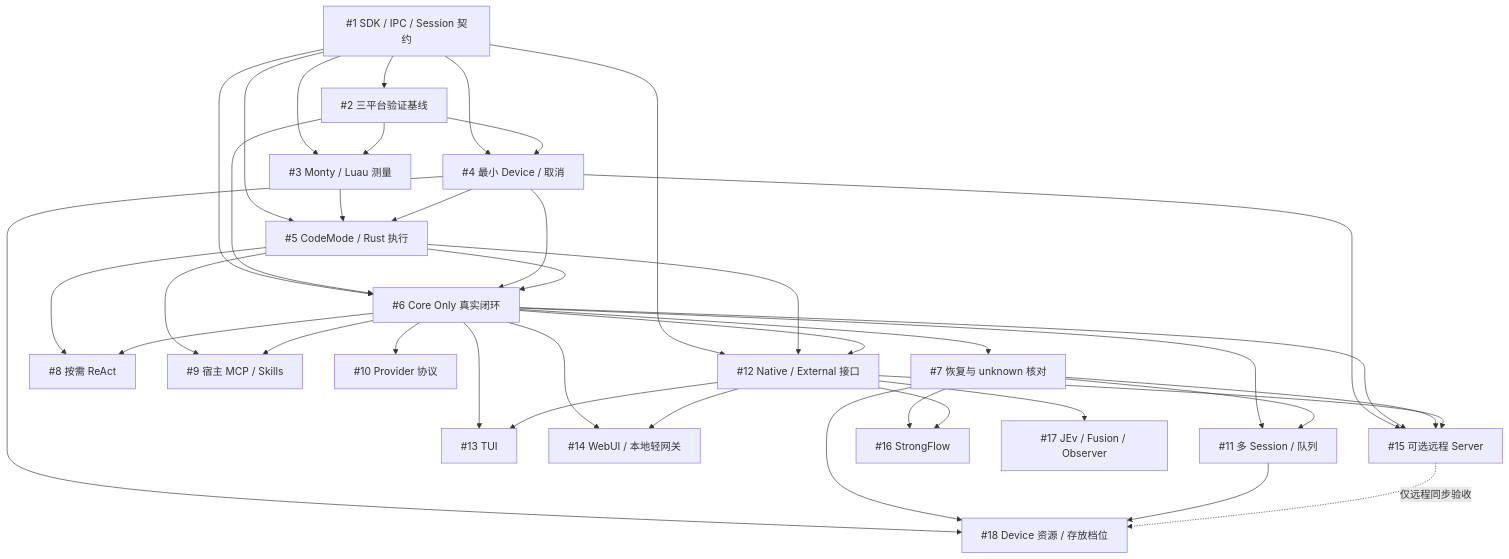
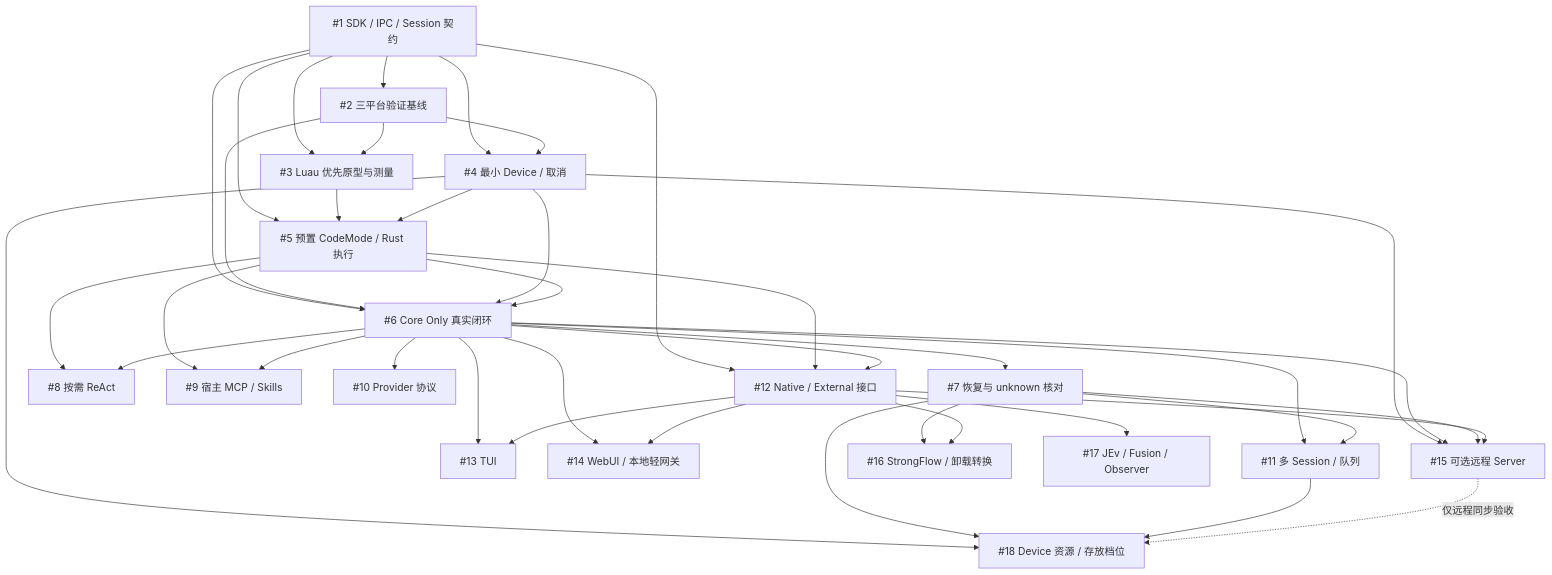
Before and after one commit to changw98ic/CAYW: the diagram in docs/development-map.md, drawn with Mermaid. The commit also changed other lines of this file and 1 other file, not shown here.

Commit message:
docs: prioritize Luau, pre-built CodeMode, Stage A focus, and session conversion on module unload

````diff
--- a/docs/development-map.md
+++ b/docs/development-map.md
@@ -82,59 +82,59 @@
 ```mermaid
 flowchart TD
   I1["#1 SDK / IPC / Session 契约"]
   I2["#2 三平台验证基线"]
-  I3["#3 Monty / Luau 测量"]
+  I3["#3 Luau 优先原型与测量"]
   I4["#4 最小 Device / 取消"]
-  I5["#5 CodeMode / Rust 执行"]
+  I5["#5 预置 CodeMode / Rust 执行"]
   I6["#6 Core Only 真实闭环"]
   I7["#7 恢复与 unknown 核对"]
   I8["#8 按需 ReAct"]
   I9["#9 宿主 MCP / Skills"]
   I10["#10 Provider 协议"]
   I11["#11 多 Session / 队列"]
   I12["#12 Native / External 接口"]
   I13["#13 TUI"]
   I14["#14 WebUI / 本地轻网关"]
   I15["#15 可选远程 Server"]
-  I16["#16 StrongFlow"]
+  I16["#16 StrongFlow / 卸载转换"]
   I17["#17 JEv / Fusion / Observer"]
   I18["#18 Device 资源 / 存放档位"]
   I1 --> I2
   I1 --> I3
   I2 --> I3
   I1 --> I4
   I2 --> I4
   I1 --> I5
   I3 --> I5
   I4 --> I5
   I1 --> I6
   I2 --> I6
   I4 --> I6
   I5 --> I6
   I6 --> I7
   I5 --> I8
   I6 --> I8
   I5 --> I9
   I6 --> I9
   I6 --> I10
   I6 --> I11
   I7 --> I11
   I1 --> I12
   I5 --> I12
   I6 --> I12
   I6 --> I13
   I12 --> I13
   I6 --> I14
   I12 --> I14
   I4 --> I15
   I6 --> I15
   I7 --> I15
   I12 --> I15
   I7 --> I16
   I12 --> I16
   I12 --> I17
   I4 --> I18
   I7 --> I18
   I11 --> I18
   I15 -. 仅远程同步验收 .-> I18
 ```
````
